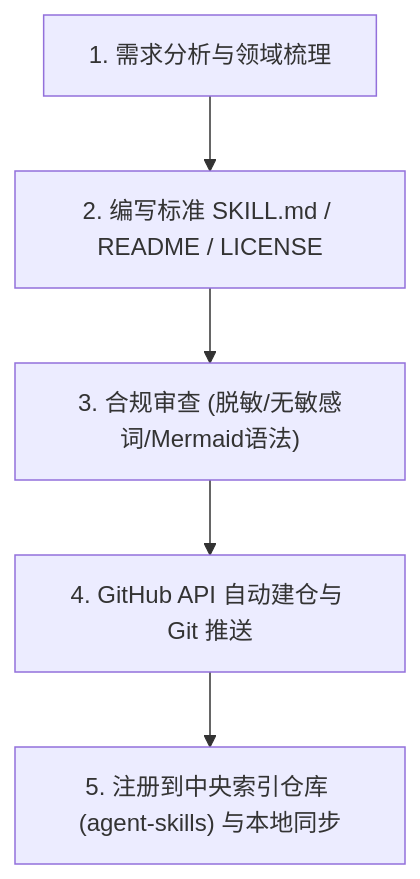
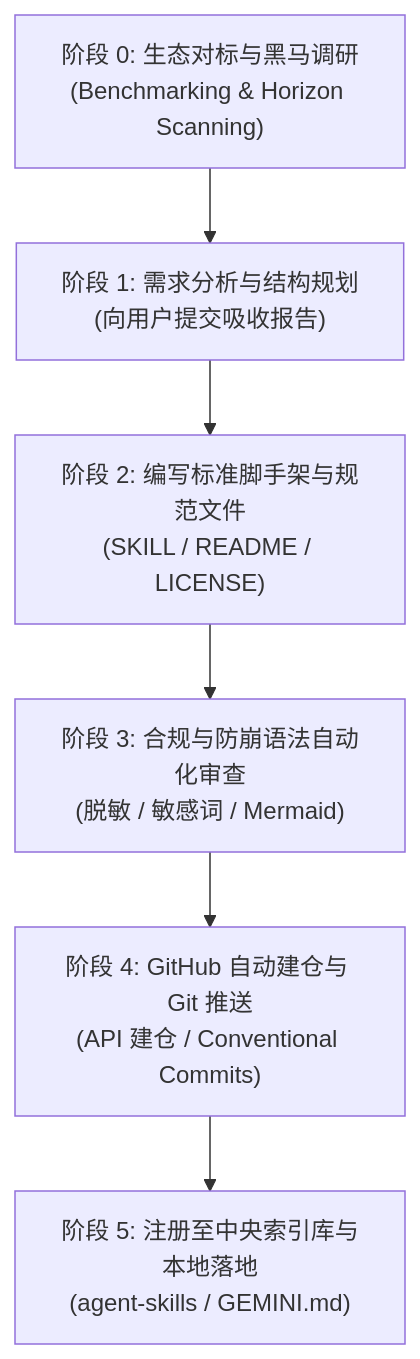
Before and after one commit to Garfield247/agent-skill-manager: the diagram in skills/skill-manager/SKILL.md, drawn with Mermaid. The commit also changed other lines of this file and 1 other file, not shown here.

Commit message:
feat: 注入前置对标主流与黑马实践铁律 (Open Ecosystem Benchmarking Rule)，拒绝闭门造车

````diff
--- a/skills/skill-manager/SKILL.md
+++ b/skills/skill-manager/SKILL.md
@@ -62,7 +69,8 @@
 ```mermaid
 flowchart TD
-    A["1. 需求分析与领域梳理"] --> B["2. 编写标准 SKILL.md / README / LICENSE"]
-    B --> C["3. 合规审查 (脱敏/无敏感词/Mermaid语法)"]
-    C --> D["4. GitHub API 自动建仓与 Git 推送"]
-    D --> E["5. 注册到中央索引仓库 (agent-skills) 与本地同步"]
+    A["阶段 0: 生态对标与黑马调研<br/>(Benchmarking & Horizon Scanning)"] --> B["阶段 1: 需求分析与结构规划<br/>(向用户提交吸收报告)"]
+    B --> C["阶段 2: 编写标准脚手架与规范文件<br/>(SKILL / README / LICENSE)"]
+    C --> D["阶段 3: 合规与防崩语法自动化审查<br/>(脱敏 / 敏感词 / Mermaid)"]
+    D --> E["阶段 4: GitHub 自动建仓与 Git 推送<br/>(API 建仓 / Conventional Commits)"]
+    E --> F["阶段 5: 注册至中央索引库与本地落地<br/>(agent-skills / GEMINI.md)"]
 ```
````
